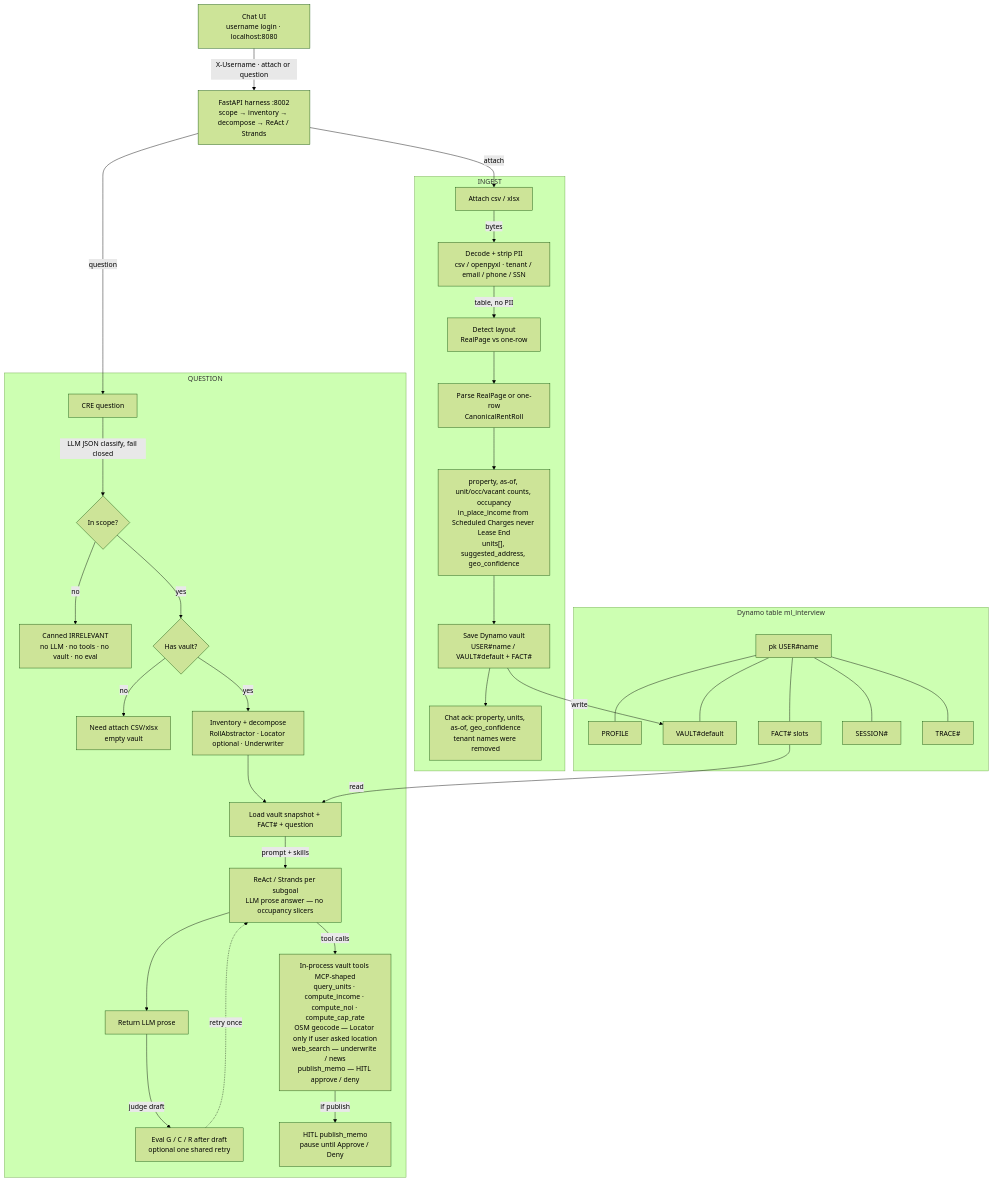
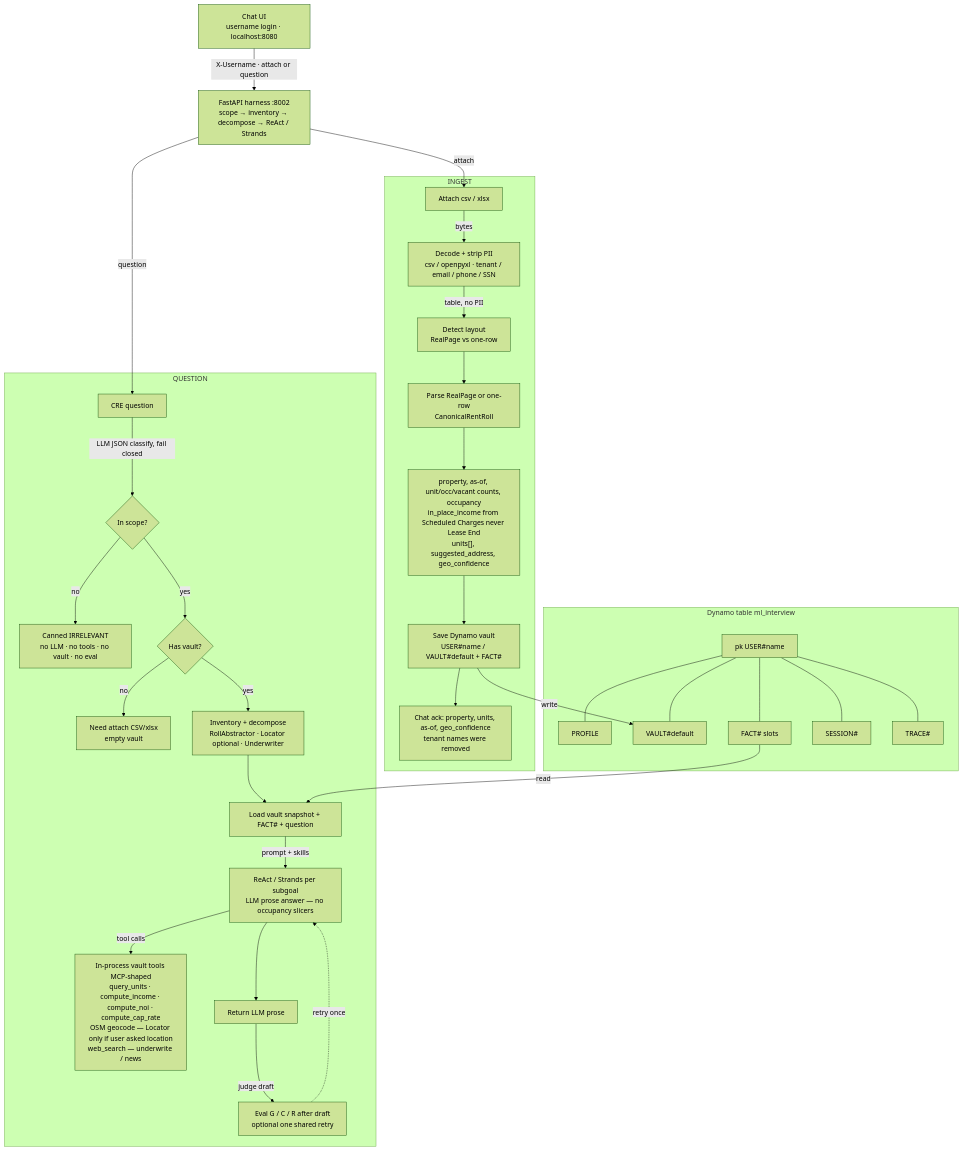
Before and after one commit to onalb/cre-deal-rentroll: the diagram in ARCHITECTURE.md, drawn with Mermaid (forest theme). The commit also changed other lines of this file and 71 other files, not shown here.

````diff
--- a/ARCHITECTURE.md
+++ b/ARCHITECTURE.md
@@ -15,68 +15,66 @@
 ```mermaid
 flowchart TB
   UI["Chat UI<br/>username login · localhost:8080"]
   API["FastAPI harness :8002<br/>scope → inventory → decompose → ReAct / Strands"]
   UI -->|"X-Username · attach or question"| API
   API -->|attach| ATT
   API -->|question| Q
 
   subgraph INGEST["INGEST"]
     ATT["Attach csv / xlsx"]
     PII["Decode + strip PII<br/>csv / openpyxl · tenant / email / phone / SSN"]
     DET["Detect layout<br/>RealPage vs one-row"]
     PARSE["Parse RealPage or one-row<br/>CanonicalRentRoll"]
     CANON["property, as-of, unit/occ/vacant counts, occupancy<br/>in_place_income from Scheduled Charges never Lease End<br/>units[], suggested_address, geo_confidence"]
     SAVE["Save Dynamo vault<br/>USER#name / VAULT#default + FACT#"]
     ACK["Chat ack: property, units, as-of, geo_confidence<br/>tenant names were removed"]
     ATT -->|bytes| PII
     PII -->|table, no PII| DET
     DET --> PARSE
     PARSE --> CANON
     CANON --> SAVE
     SAVE --> ACK
   end
 
   subgraph QUESTION["QUESTION"]
     Q["CRE question"]
     SCOPE{"In scope?"}
     OOS["Canned IRRELEVANT<br/>no LLM · no tools · no vault · no eval"]
     HASV{"Has vault?"}
     NEED["Need attach CSV/xlsx<br/>empty vault"]
     INV["Inventory + decompose<br/>RollAbstractor · Locator optional · Underwriter"]
     LOAD["Load vault snapshot + FACT# + question"]
     REACT["ReAct / Strands per subgoal<br/>LLM prose answer — no occupancy slicers"]
-    TOOLS["In-process vault tools MCP-shaped<br/>query_units · compute_income · compute_noi · compute_cap_rate<br/>OSM geocode — Locator only if user asked location<br/>web_search — underwrite / news<br/>publish_memo — HITL approve / deny"]
+    TOOLS["In-process vault tools MCP-shaped<br/>query_units · compute_income · compute_noi · compute_cap_rate<br/>OSM geocode — Locator only if user asked location<br/>web_search — underwrite / news"]
     PROSE["Return LLM prose"]
     EVAL["Eval G / C / R after draft<br/>optional one shared retry"]
-    HITL["HITL publish_memo<br/>pause until Approve / Deny"]
     Q -->|"LLM JSON classify, fail closed"| SCOPE
     SCOPE -->|no| OOS
     SCOPE -->|yes| HASV
     HASV -->|no| NEED
     HASV -->|yes| INV
     INV --> LOAD
     LOAD -->|"prompt + skills"| REACT
     REACT -->|tool calls| TOOLS
     REACT --> PROSE
-    TOOLS -->|"if publish"| HITL
     PROSE -->|"judge draft"| EVAL
     EVAL -.->|"retry once"| REACT
   end
 
   subgraph DDB["Dynamo table ml_interview"]
     PK["pk USER#name"]
     PROF["PROFILE"]
     VAULT["VAULT#default"]
     FACT["FACT# slots"]
     SESS["SESSION#"]
     TRACE["TRACE#"]
     PK --- PROF
     PK --- VAULT
     PK --- FACT
     PK --- SESS
     PK --- TRACE
   end
 
   SAVE -->|write| VAULT
   FACT -->|read| LOAD
 ```
````
